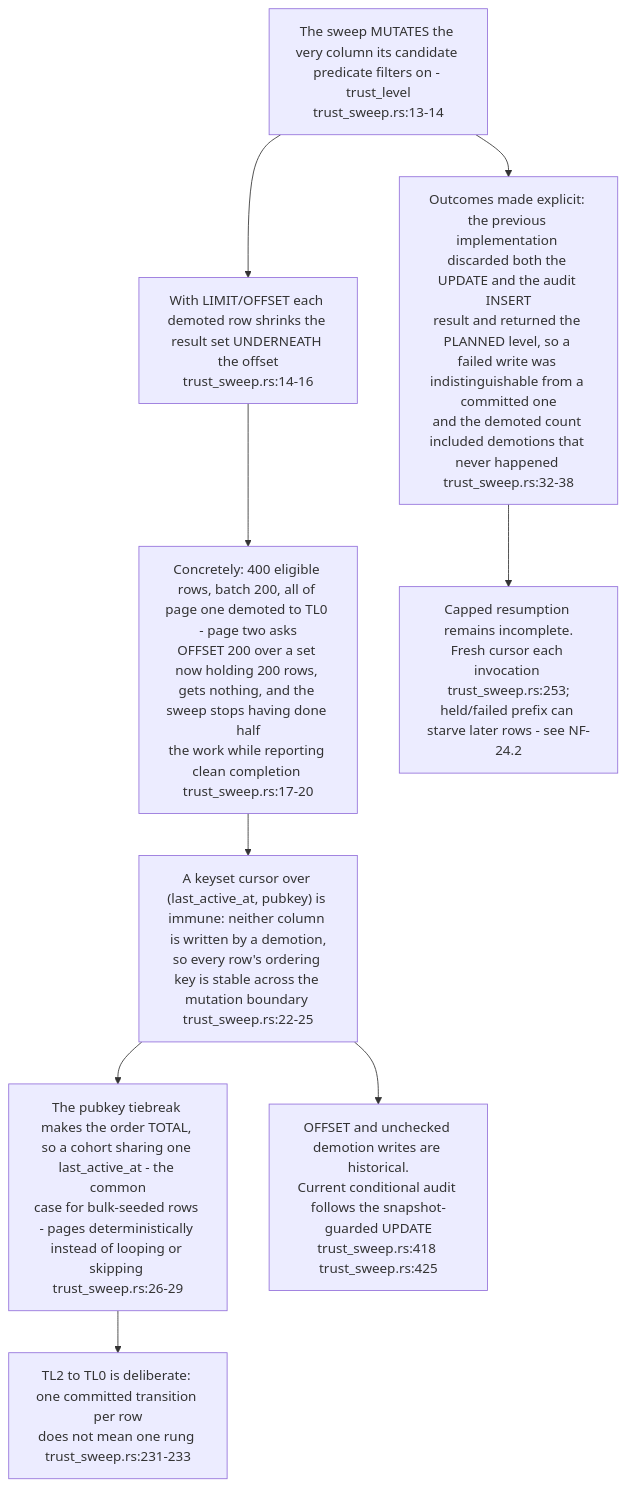
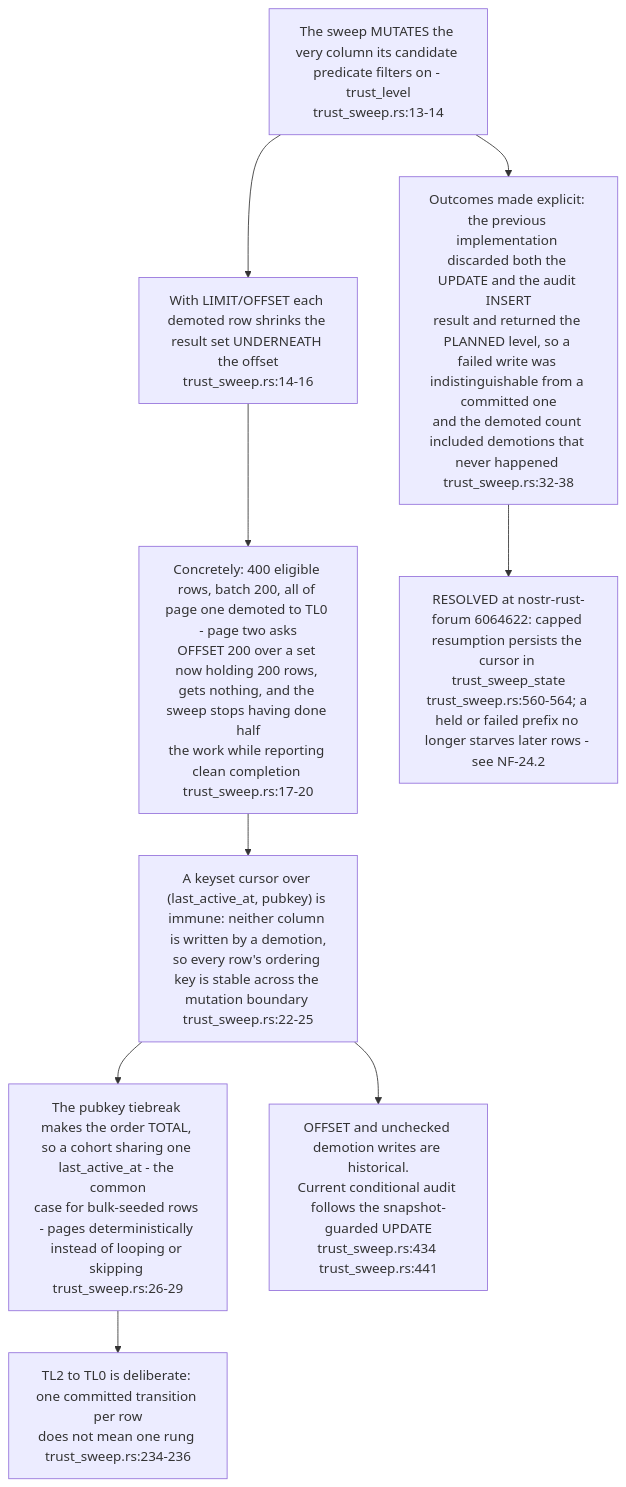
Before and after one commit to DreamLab-AI/VisionFlow: diagram 11 of 16 in docs/diagrams/nostr-rust-forum/11-relay-durable-object-internals.md, drawn with Mermaid. The commit also changed other lines of this file and 59 other files, not shown here.

First line of the commit message:
docs(diagrams): re-derive and re-stamp forum, website, pod, ontomark and sealmap topics

````diff
--- a/docs/diagrams/nostr-rust-forum/11-relay-durable-object-internals.md
+++ b/docs/diagrams/nostr-rust-forum/11-relay-durable-object-internals.md
@@ -371,19 +371,19 @@
 ```mermaid
 flowchart TB
     PROB["The sweep MUTATES the very column its candidate predicate filters on - trust_level<br/>trust_sweep.rs:13-14"]
     OFF["With LIMIT/OFFSET each demoted row shrinks the result set UNDERNEATH the offset<br/>trust_sweep.rs:14-16"]
     CONC["Concretely: 400 eligible rows, batch 200, all of page one demoted to TL0 - page two asks<br/>OFFSET 200 over a set now holding 200 rows, gets nothing, and the sweep stops having done half<br/>the work while reporting clean completion trust_sweep.rs:17-20"]
     FIX["A keyset cursor over (last_active_at, pubkey) is immune: neither column is written by a demotion,<br/>so every row's ordering key is stable across the mutation boundary trust_sweep.rs:22-25"]
     TIE["The pubkey tiebreak makes the order TOTAL, so a cohort sharing one last_active_at - the common<br/>case for bulk-seeded rows - pages deterministically instead of looping or skipping trust_sweep.rs:26-29"]
     OUT["Outcomes made explicit: the previous implementation discarded both the UPDATE and the audit INSERT<br/>result and returned the PLANNED level, so a failed write was indistinguishable from a committed one<br/>and the demoted count included demotions that never happened trust_sweep.rs:32-38"]
 
     PROB --> OFF --> CONC --> FIX --> TIE
     PROB --> OUT
 
-    N1["OFFSET and unchecked demotion writes are historical.<br/>Current conditional audit follows the snapshot-guarded UPDATE<br/>trust_sweep.rs:418 trust_sweep.rs:425"]
-    N2["TL2 to TL0 is deliberate: one committed transition per row<br/>does not mean one rung trust_sweep.rs:231-233"]
-    N3["Capped resumption remains incomplete.<br/>Fresh cursor each invocation trust_sweep.rs:253;<br/>held/failed prefix can starve later rows - see NF-24.2"]
+    N1["OFFSET and unchecked demotion writes are historical.<br/>Current conditional audit follows the snapshot-guarded UPDATE<br/>trust_sweep.rs:434 trust_sweep.rs:441"]
+    N2["TL2 to TL0 is deliberate: one committed transition per row<br/>does not mean one rung trust_sweep.rs:234-236"]
+    N3["RESOLVED at nostr-rust-forum 6064622: capped resumption persists the cursor in trust_sweep_state<br/>trust_sweep.rs:560-564; a held or failed prefix no longer starves later rows - see NF-24.2"]
     FIX --> N1
     TIE --> N2
     OUT --> N3
 ```
````
